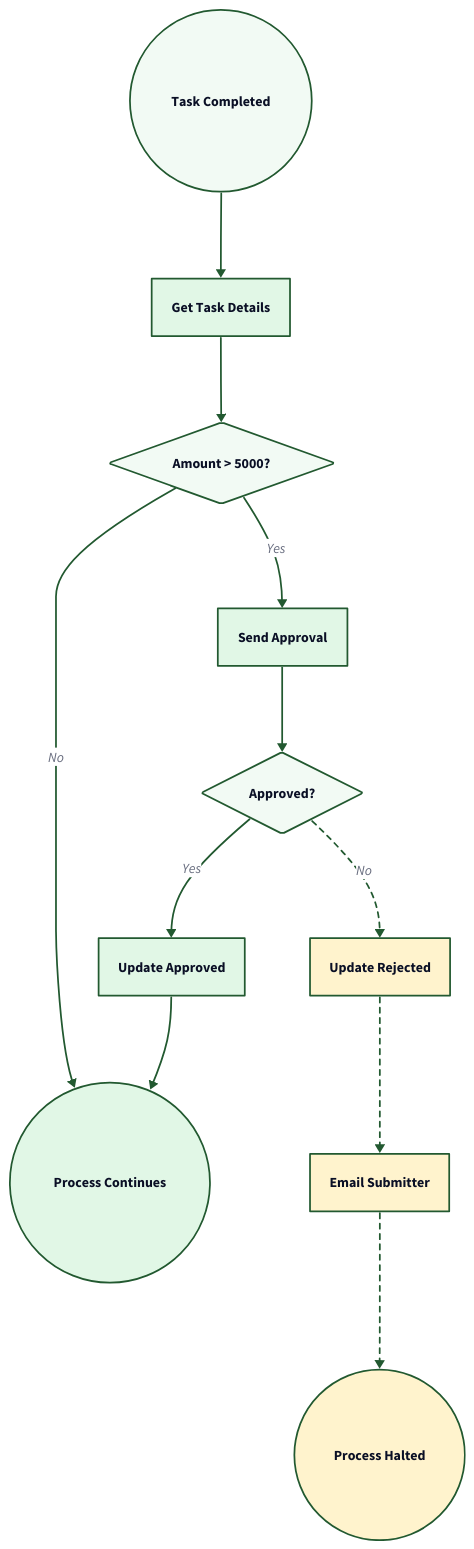
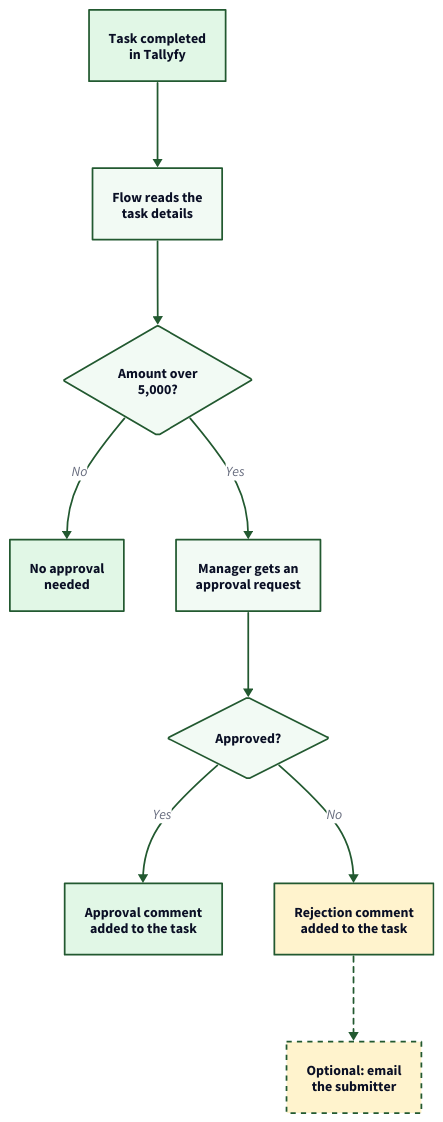
The diagram in src/content/docs/pro/integrations/middleware/power-automate/building-approval-workflows-with-power-automate.mdx (tallyfy/documentation), drawn with D2 before and after one commit. The commit also changed 12 other files, not shown here.

````diff
--- a/src/content/docs/pro/integrations/middleware/power-automate/building-approval-workflows-with-power-automate.mdx
+++ b/src/content/docs/pro/integrations/middleware/power-automate/building-approval-workflows-with-power-automate.mdx
@@ -53,99 +53,77 @@
 ```d2
+# Budget approval flow between Tallyfy and Power Automate
 direction: down
 
-# Start and End states
-Start: Task Completed {
-  shape: circle
+Start: "Task completed\nin Tallyfy" {
+  style.fill: "#e1f7e6"
+  style.stroke: "#225930"
+}
+
+GetDetails: "Flow reads the\ntask details" {
   style.fill: "#f2faf4"
   style.stroke: "#225930"
 }
 
-Continue: Process Continues {
-  shape: circle
-  style.fill: "#e1f7e6"
-  style.stroke: "#225930"
-}
-
-Halted: Process Halted {
-  shape: circle
-  style.fill: "#fff3cd"
-  style.stroke: "#225930"
-}
-
-# Actions
-GetDetails: Get Task Details {
-  style.fill: "#e1f7e6"
-  style.stroke: "#225930"
-}
-
-SendApproval: Send Approval {
-  style.fill: "#e1f7e6"
-  style.stroke: "#225930"
-}
-
-UpdateApproved: Update Approved {
-  style.fill: "#e1f7e6"
-  style.stroke: "#225930"
-}
-
-UpdateRejected: Update Rejected {
-  style.fill: "#fff3cd"
-  style.stroke: "#225930"
-}
-
-EmailSubmitter: Email Submitter {
-  style.fill: "#fff3cd"
-  style.stroke: "#225930"
-}
-
-# Decision Points
-Check: Amount > 5000? {
+Check: "Amount over\n5,000?" {
   shape: diamond
   style.fill: "#f2faf4"
   style.stroke: "#225930"
 }
 
-CheckApproval: Approved? {
+Skip: "No approval\nneeded" {
+  style.fill: "#e1f7e6"
+  style.stroke: "#225930"
+}
+
+SendApproval: "Manager gets an\napproval request" {
+  style.fill: "#f2faf4"
+  style.stroke: "#225930"
+}
+
+CheckApproval: "Approved?" {
   shape: diamond
   style.fill: "#f2faf4"
   style.stroke: "#225930"
 }
 
-# Main flow
-Start -> GetDetails {
-  style.stroke: "#225930"
-}
-GetDetails -> Check {
+Approved: "Approval comment\nadded to the task" {
+  style.fill: "#e1f7e6"
   style.stroke: "#225930"
 }
 
-Check -> Continue: No {
-  style.stroke: "#225930"
-}
-Check -> SendApproval: Yes {
+Rejected: "Rejection comment\nadded to the task" {
+  style.fill: "#fff3cd"
   style.stroke: "#225930"
 }
 
-SendApproval -> CheckApproval {
-  style.stroke: "#225930"
-}
-
-CheckApproval -> UpdateApproved: Yes {
-  style.stroke: "#225930"
-}
-CheckApproval -> UpdateRejected: No {
+Email: "Optional: email\nthe submitter" {
+  style.fill: "#fff3cd"
   style.stroke: "#225930"
   style.stroke-dash: 3
 }
 
-UpdateApproved -> Continue {
+Start -> GetDetails: {
   style.stroke: "#225930"
 }
-UpdateRejected -> EmailSubmitter {
+GetDetails -> Check: {
   style.stroke: "#225930"
-  style.stroke-dash: 3
 }
-EmailSubmitter -> Halted {
+Check -> Skip: "No" {
+  style.stroke: "#225930"
+}
+Check -> SendApproval: "Yes" {
+  style.stroke: "#225930"
+}
+SendApproval -> CheckApproval: {
+  style.stroke: "#225930"
+}
+CheckApproval -> Approved: "Yes" {
+  style.stroke: "#225930"
+}
+CheckApproval -> Rejected: "No" {
+  style.stroke: "#225930"
+}
+Rejected -> Email: {
   style.stroke: "#225930"
   style.stroke-dash: 3
 }
````
